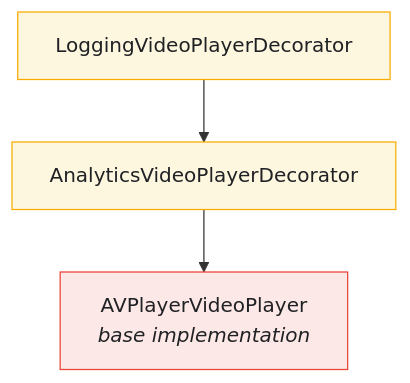
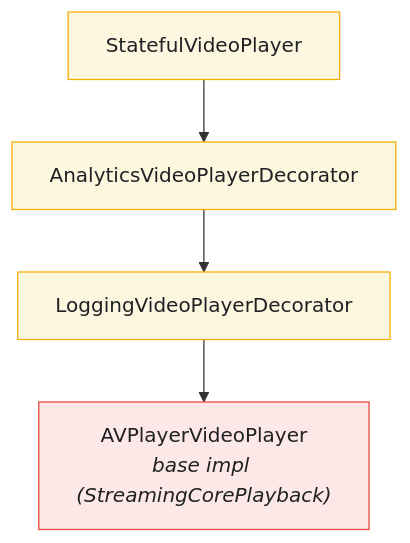
The second of 2 diagrams in docs/COMPOSITION-ROOT.md (tattva20/StreamingVideoApp), drawn with Mermaid before and after one commit. The commit also changed other lines of this file and 43 other files, not shown here.

````diff
--- a/docs/COMPOSITION-ROOT.md
+++ b/docs/COMPOSITION-ROOT.md
@@ -397,13 +344,15 @@
 ```mermaid
 flowchart TB
     classDef core fill:#e6f4ea,stroke:#34a853,color:#202124;
     classDef neutral fill:#fef7e0,stroke:#f9ab00,color:#202124;
     classDef impure fill:#fce8e6,stroke:#ea4335,color:#202124;
+    stateful["StatefulVideoPlayer"]
+    analytics["AnalyticsVideoPlayerDecorator"]
     logging["LoggingVideoPlayerDecorator"]
-    analytics["AnalyticsVideoPlayerDecorator"]
-    base["AVPlayerVideoPlayer<br/><i>base implementation</i>"]
-    logging --> analytics --> base
+    base["AVPlayerVideoPlayer<br/><i>base impl (StreamingCorePlayback)</i>"]
+    stateful --> analytics --> logging --> base
+    class stateful neutral
+    class analytics neutral
     class logging neutral
-    class analytics neutral
     class base impure
 ```
````
